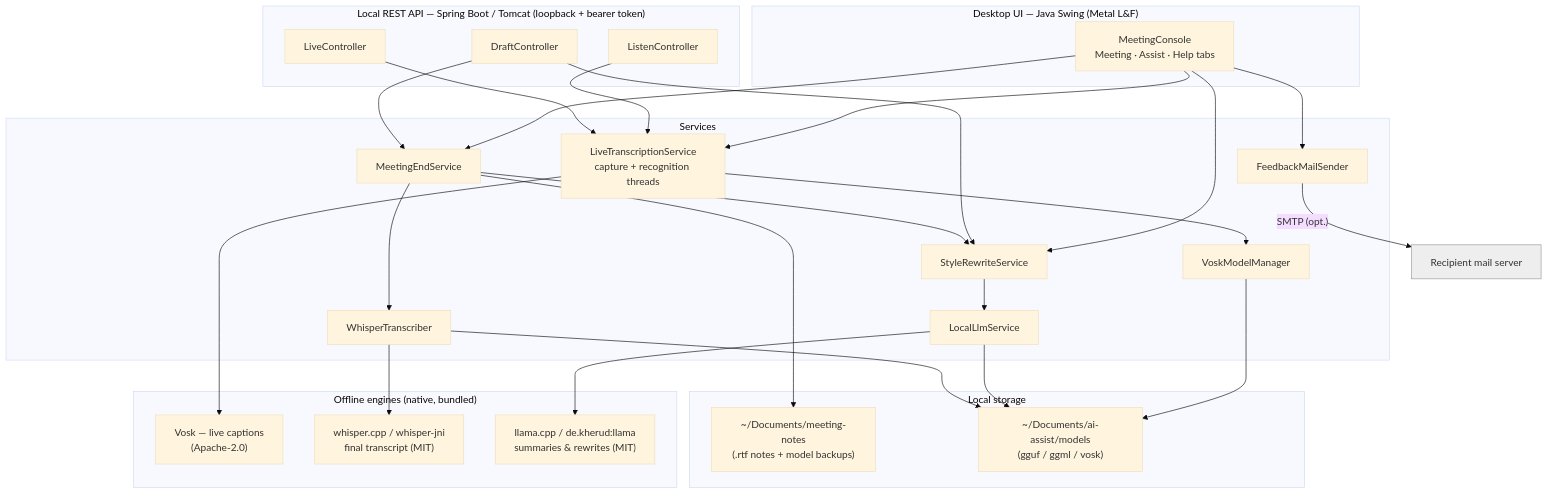
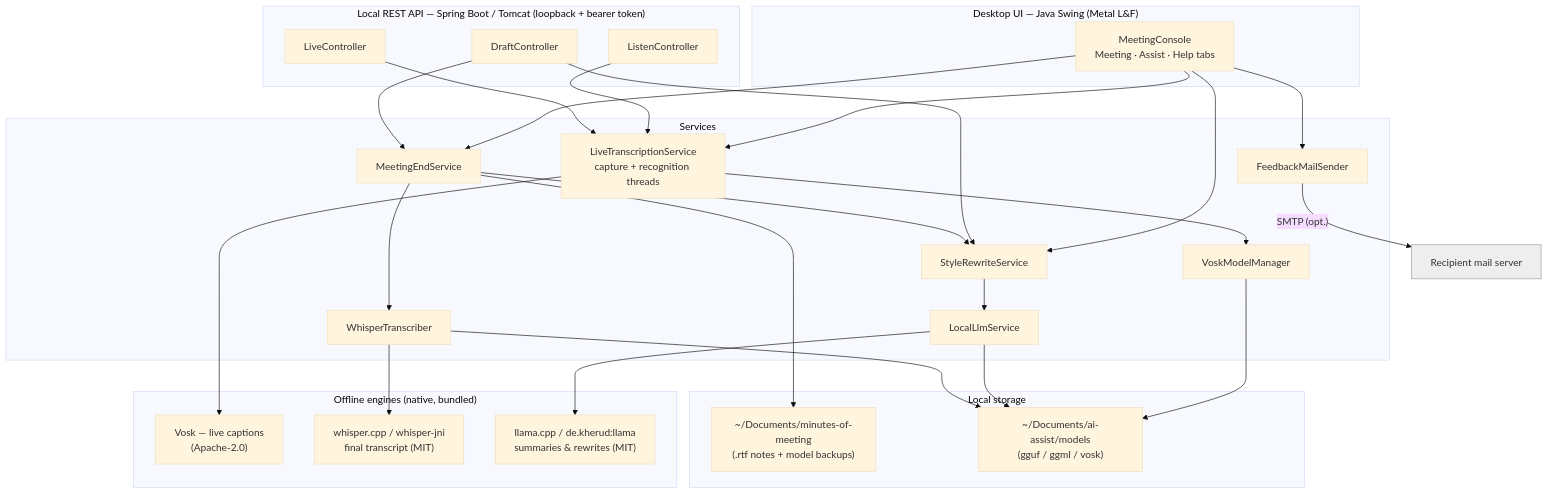
The second of 5 diagrams in docs/ARCHITECTURE.md (marutisridharjob/ai-assist), drawn with Mermaid (base theme) before and after one commit. The commit also changed other lines of this file and 12 other files, not shown here.

````diff
--- a/docs/ARCHITECTURE.md
+++ b/docs/ARCHITECTURE.md
@@ -52,56 +52,56 @@
 ```mermaid
 flowchart TB
     subgraph UI["Desktop UI — Java Swing (Metal L&F)"]
         MC["MeetingConsole<br/>Meeting · Assist · Help tabs"]
     end
 
     subgraph API["Local REST API — Spring Boot / Tomcat (loopback + bearer token)"]
         LC["ListenController"]
         LV["LiveController"]
         DC["DraftController"]
     end
 
     subgraph SVC["Services"]
         LTS["LiveTranscriptionService<br/>capture + recognition threads"]
         MES["MeetingEndService"]
         SRS["StyleRewriteService"]
         LLM["LocalLlmService"]
         WT["WhisperTranscriber"]
         VMM["VoskModelManager"]
         FMS["FeedbackMailSender"]
     end
 
     subgraph NATIVE["Offline engines (native, bundled)"]
         VOSK["Vosk — live captions<br/>(Apache-2.0)"]
         WHISPER["whisper.cpp / whisper-jni<br/>final transcript (MIT)"]
         LLAMA["llama.cpp / de.kherud:llama<br/>summaries & rewrites (MIT)"]
     end
 
     subgraph STORE["Local storage"]
-        NOTES["~/Documents/meeting-notes<br/>(.rtf notes + model backups)"]
+        NOTES["~/Documents/minutes-of-meeting<br/>(.rtf notes + model backups)"]
         MODELS["~/Documents/ai-assist/models<br/>(gguf / ggml / vosk)"]
     end
 
     MC --> LTS
     MC --> MES
     MC --> SRS
     MC --> FMS
     LC --> LTS
     LV --> LTS
     DC --> MES
     DC --> SRS
 
     LTS --> VOSK
     LTS --> VMM
     MES --> WT --> WHISPER
     MES --> SRS
     SRS --> LLM --> LLAMA
     VMM --> MODELS
     LLM --> MODELS
     WT --> MODELS
     MES --> NOTES
     FMS -->|"SMTP (opt.)"| EMAIL["Recipient mail server"]
 
     classDef ext fill:#eee,stroke:#999;
     class EMAIL ext;
 ```
````
